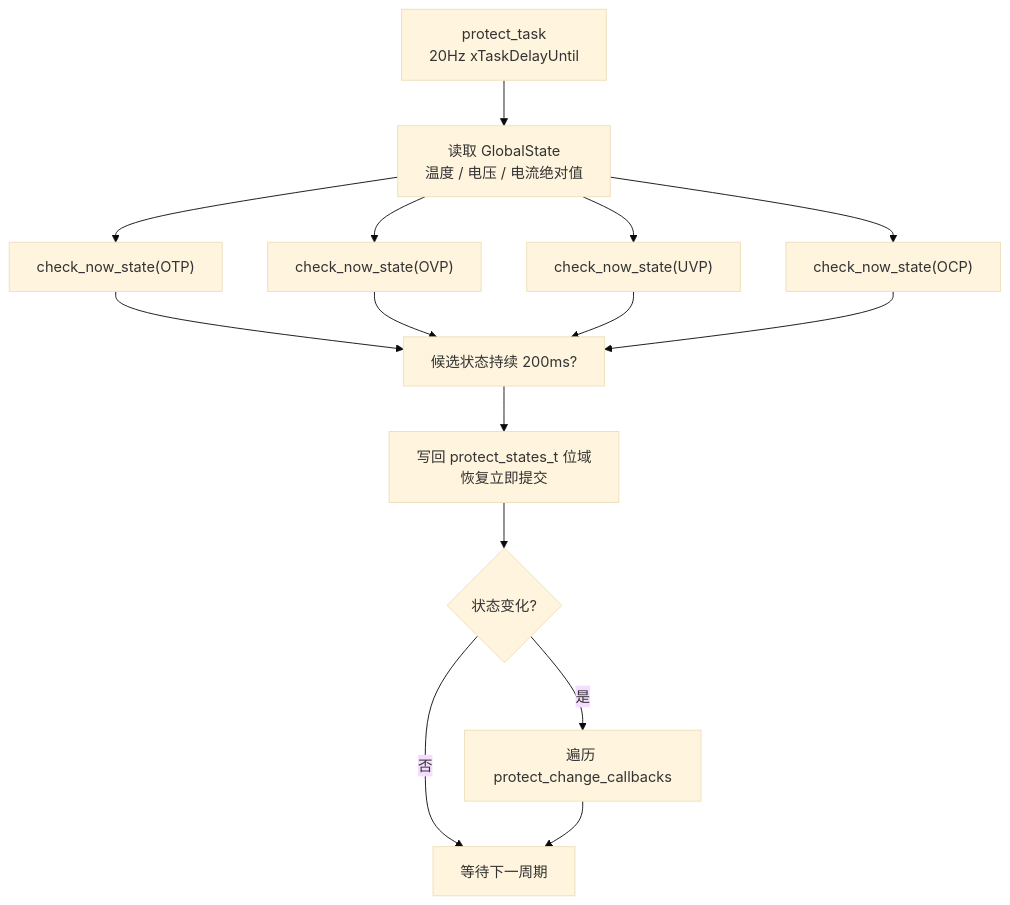
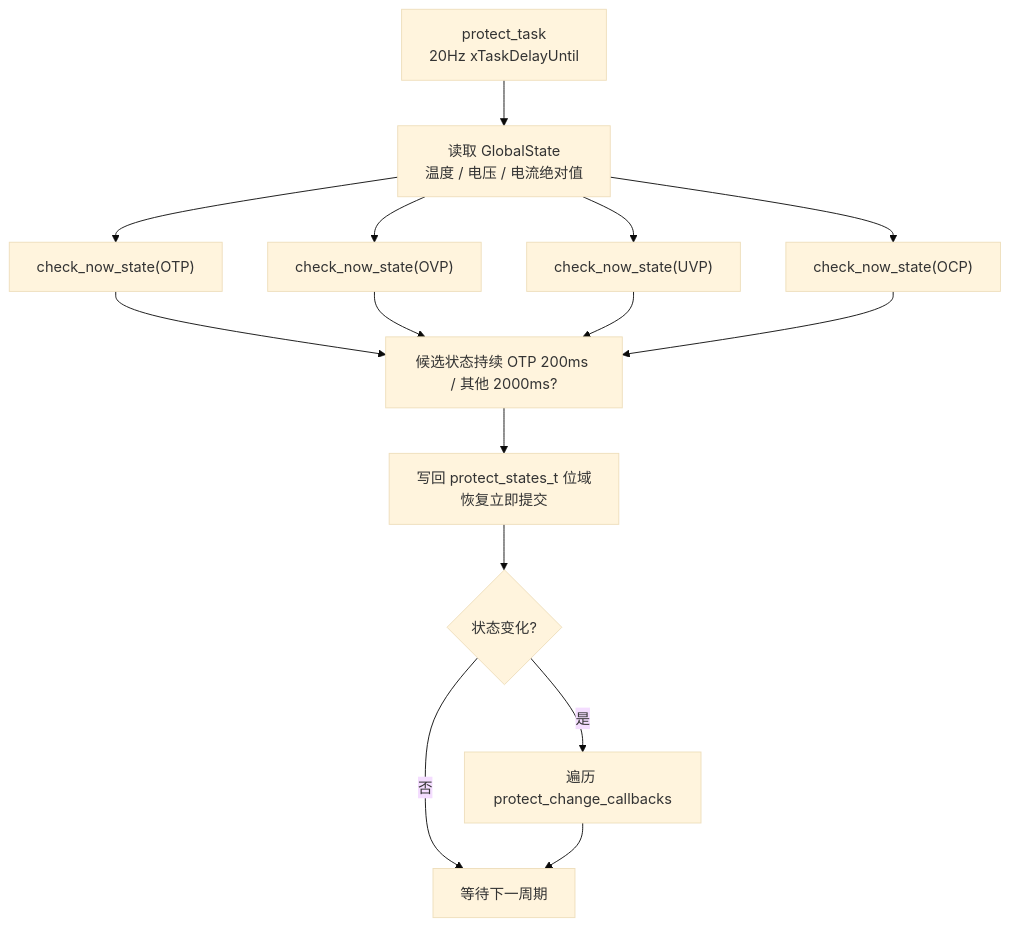
One commit to qingmeijiupiao/Wireless_power_meter_pro_v2 changed the second of 3 diagrams in components/app/protect/README.md. Above: the diagram before and after it, drawn with Mermaid (base theme). The commit also changed other lines of this file and 57 other files, not shown here.

````diff
--- a/components/app/protect/README.md
+++ b/components/app/protect/README.md
@@ -29,17 +29,17 @@
 ```mermaid
 flowchart TD
     Tick["protect_task<br/>20Hz xTaskDelayUntil"] --> Read["读取 GlobalState<br/>温度 / 电压 / 电流绝对值"]
     Read --> OTP["check_now_state(OTP)"]
     Read --> OVP["check_now_state(OVP)"]
     Read --> UVP["check_now_state(UVP)"]
     Read --> OCP["check_now_state(OCP)"]
-    OTP --> Debounce["候选状态持续 200ms?"]
+    OTP --> Debounce["候选状态持续 OTP 200ms / 其他 2000ms?"]
     OVP --> Debounce
     UVP --> Debounce
     OCP --> Debounce
     Debounce --> Store["写回 protect_states_t 位域<br/>恢复立即提交"]
     Store --> Changed{"状态变化?"}
     Changed -->|是| Callback["遍历 protect_change_callbacks"]
     Changed -->|否| Delay["等待下一周期"]
     Callback --> Delay
 ```
````
